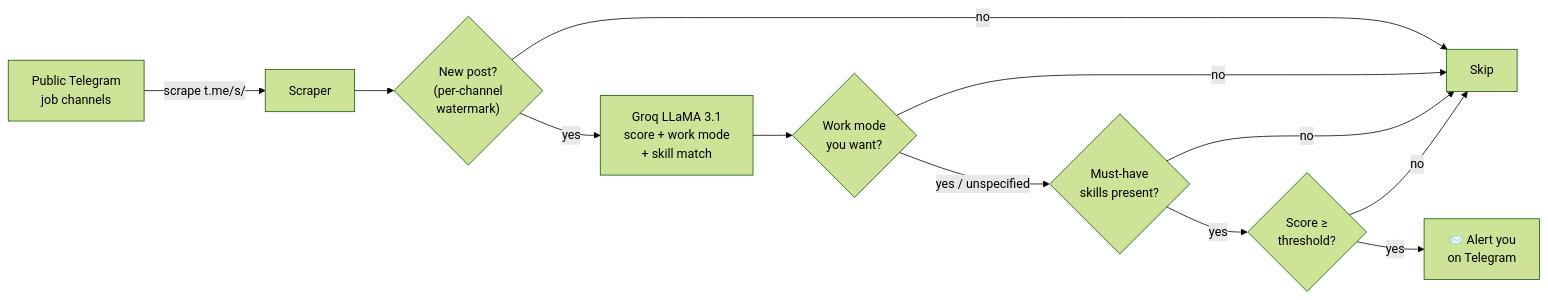
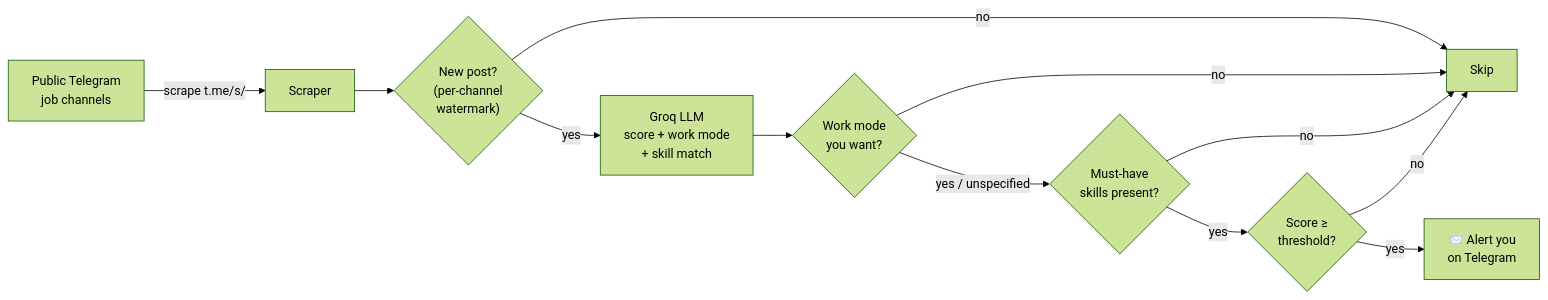
The diagram in README.md (Nerses01/telegram-job-matcher), drawn with Mermaid (forest theme) before and after one commit. The commit also changed other lines of this file and 6 other files, not shown here.

````diff
--- a/README.md
+++ b/README.md
@@ -38,14 +38,14 @@
 ```mermaid
 flowchart LR
     A["Public Telegram<br/>job channels"] -->|scrape t.me/s/| B[Scraper]
     B --> C{"New post?<br/>(per-channel<br/>watermark)"}
     C -- no --> S[Skip]
-    C -- yes --> D["Groq LLaMA 3.1<br/>score + work mode<br/>+ skill match"]
+    C -- yes --> D["Groq LLM<br/>score + work mode<br/>+ skill match"]
     D --> F{"Work mode<br/>you want?"}
     F -- no --> S
     F -- "yes / unspecified" --> G{"Must-have<br/>skills present?"}
     G -- no --> S
     G -- yes --> H{"Score ≥<br/>threshold?"}
     H -- no --> S
     H -- yes --> E["📨 Alert you<br/>on Telegram"]
 ```
````
